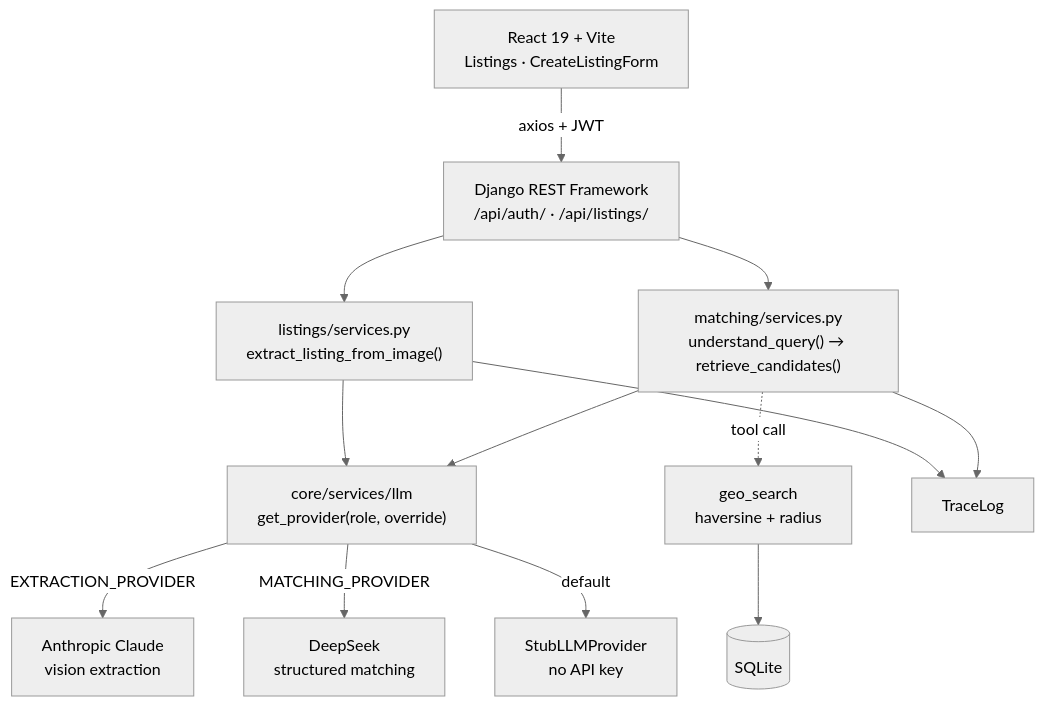
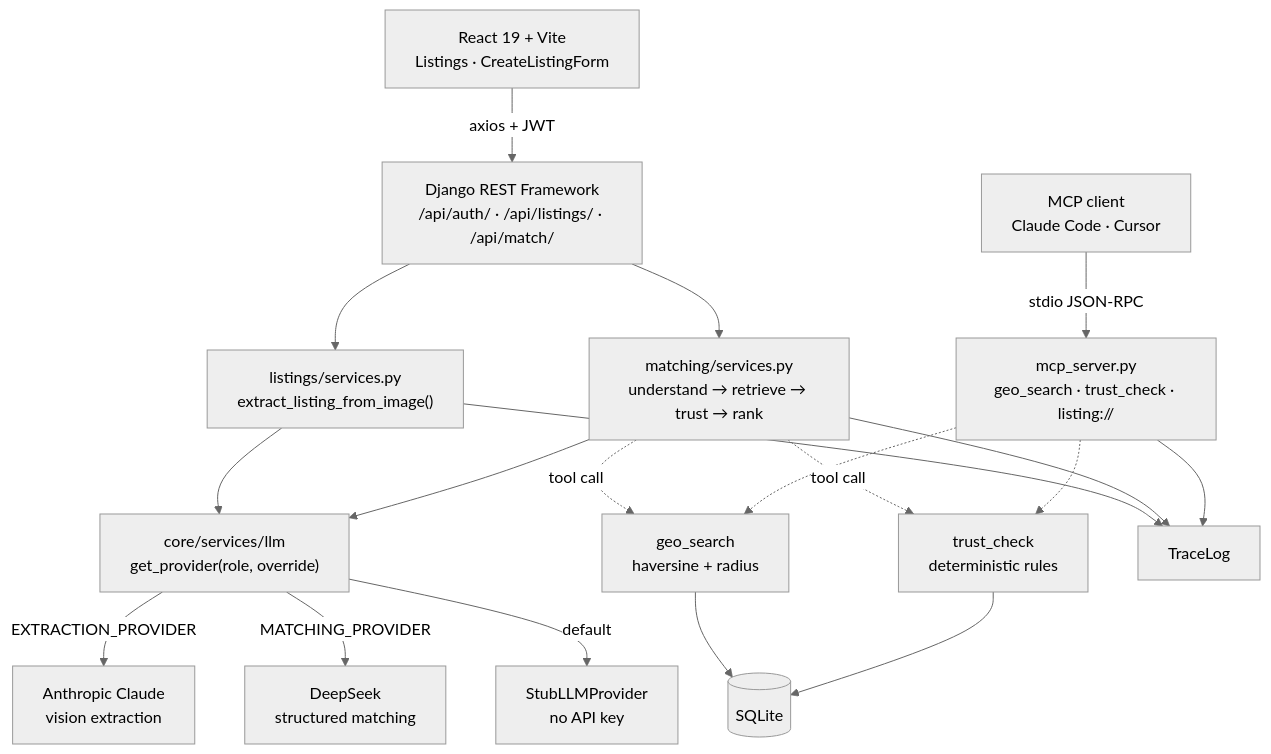
The diagram in README.md (imad-ship-it/neighbour-node-agent), drawn with Mermaid (neutral theme) before and after one commit. The commit also changed other lines of this file and 2 other files, not shown here.

Commit message:
docs: document the MCP server and log Day 7 trust-check work

````diff
--- a/README.md
+++ b/README.md
@@ -42,15 +53,21 @@
 ```mermaid
 flowchart TD
-    UI["React 19 + Vite<br/>Listings · CreateListingForm"] -->|"axios + JWT"| API["Django REST Framework<br/>/api/auth/ · /api/listings/"]
+    UI["React 19 + Vite<br/>Listings · CreateListingForm"] -->|"axios + JWT"| API["Django REST Framework<br/>/api/auth/ · /api/listings/ · /api/match/"]
+    MCPC["MCP client<br/>Claude Code · Cursor"] -->|"stdio JSON-RPC"| MCPS["mcp_server.py<br/>geo_search · trust_check · listing://"]
     API --> EXT["listings/services.py<br/>extract_listing_from_image()"]
-    API --> MATCH["matching/services.py<br/>understand_query() → retrieve_candidates()"]
+    API --> MATCH["matching/services.py<br/>understand → retrieve → trust → rank"]
     EXT --> REG["core/services/llm<br/>get_provider(role, override)"]
     MATCH --> REG
     REG -->|"EXTRACTION_PROVIDER"| CLAUDE["Anthropic Claude<br/>vision extraction"]
     REG -->|"MATCHING_PROVIDER"| DS["DeepSeek<br/>structured matching"]
     REG -->|"default"| STUB["StubLLMProvider<br/>no API key"]
     MATCH -.->|"tool call"| GEO["geo_search<br/>haversine + radius"]
+    MATCH -.->|"tool call"| TRUST["trust_check<br/>deterministic rules"]
+    MCPS -.-> GEO
+    MCPS -.-> TRUST
     GEO --> DB[("SQLite")]
+    TRUST --> DB
     EXT --> TRACE["TraceLog"]
     MATCH --> TRACE
+    MCPS --> TRACE
 ```
````
